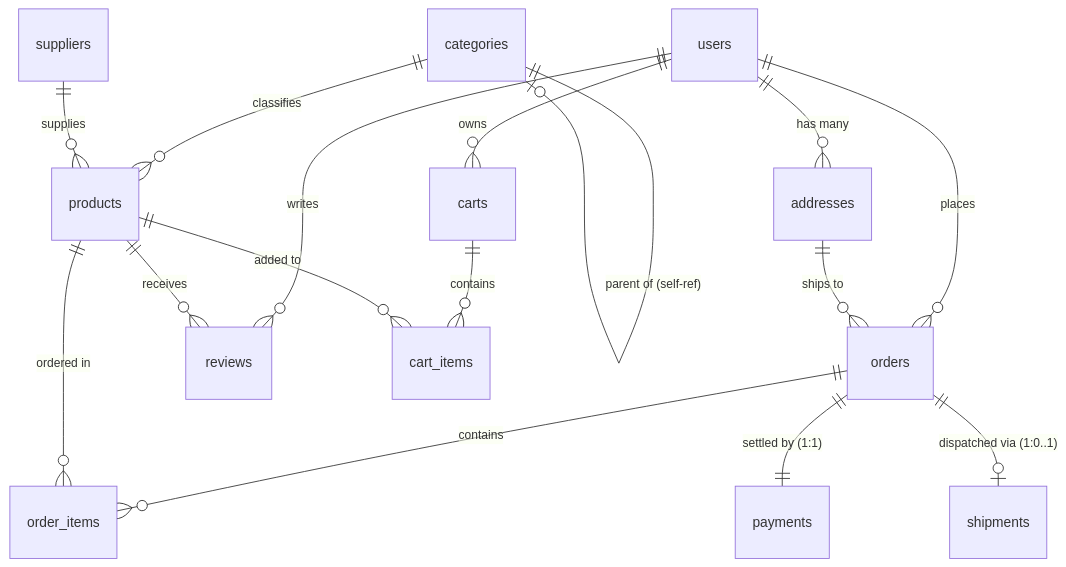
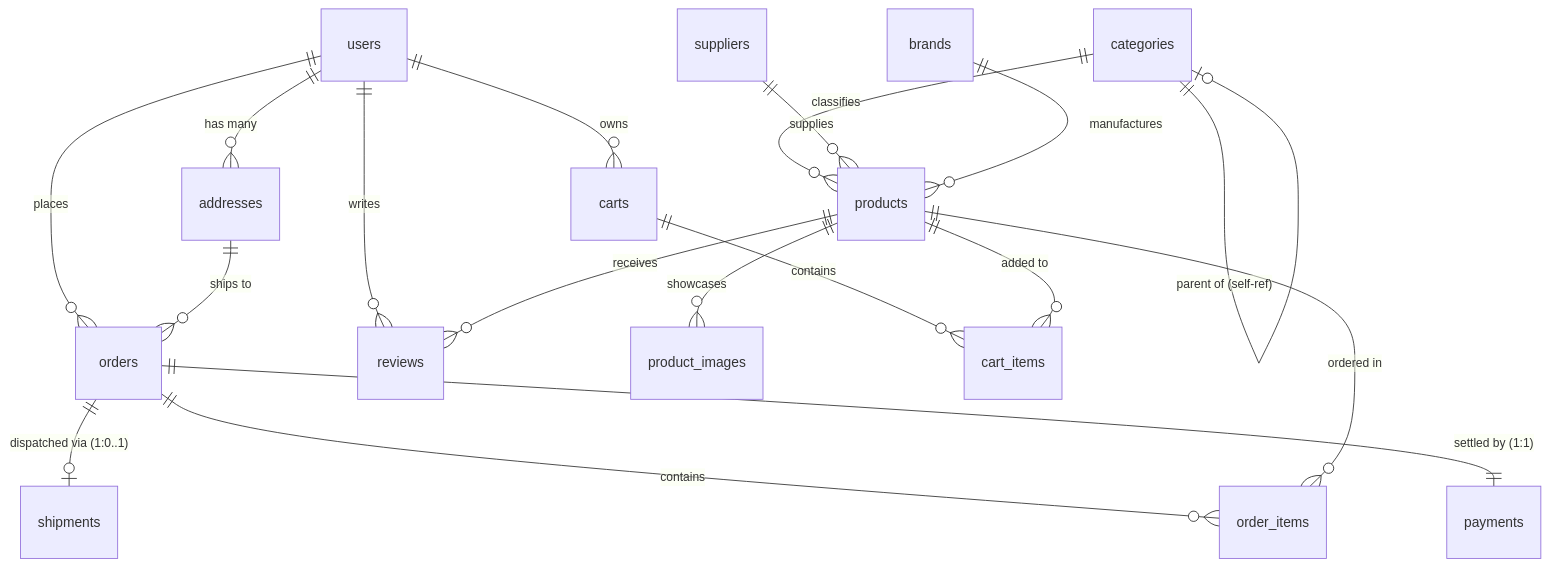
One commit to usaidabid88/Lattafa changed the diagram in docs/FINAL_REPORT.md. Above: the diagram before and after it, drawn with Mermaid. The commit also changed other lines of this file and 12 other files, not shown here.

Commit message:
docs(11g): complete phase 11 tests, demo queries, er diagram, viva notes, and responsive audit

````diff
--- a/docs/FINAL_REPORT.md
+++ b/docs/FINAL_REPORT.md
@@ -103,21 +105,23 @@
 ```mermaid
 erDiagram
     users ||--o{ addresses : "has many"
     users ||--o{ carts : "owns"
     users ||--o{ orders : "places"
     users ||--o{ reviews : "writes"
 
     categories ||--o{ products : "classifies"
     categories ||--o| categories : "parent of (self-ref)"
     suppliers ||--o{ products : "supplies"
+    brands ||--o{ products : "manufactures"
+    products ||--o{ product_images : "showcases"
     products ||--o{ reviews : "receives"
 
     carts ||--o{ cart_items : "contains"
     products ||--o{ cart_items : "added to"
     orders ||--o{ order_items : "contains"
     products ||--o{ order_items : "ordered in"
 
     addresses ||--o{ orders : "ships to"
     orders ||--|| payments : "settled by (1:1)"
     orders ||--o| shipments : "dispatched via (1:0..1)"
 ```
````
